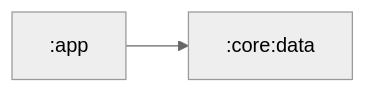
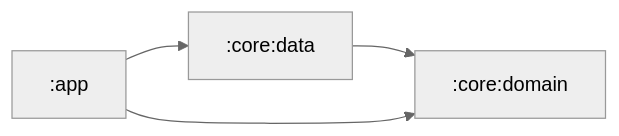
Before and after one commit to farzadazimipour/custorix-android: the diagram in README.md, drawn with Mermaid. The commit also changed 9 other files, not shown here.

Commit message:
Added JVM Library Convention Plugin and :core:domain Module

````diff
--- a/README.md
+++ b/README.md
@@ -23,10 +23,12 @@
 ```mermaid
 %%{
   init: {
     'theme': 'neutral'
   }
 }%%
 
 graph LR
+  :core:data --> :core:domain
+  :app --> :core:domain
   :app --> :core:data
 ```
````
